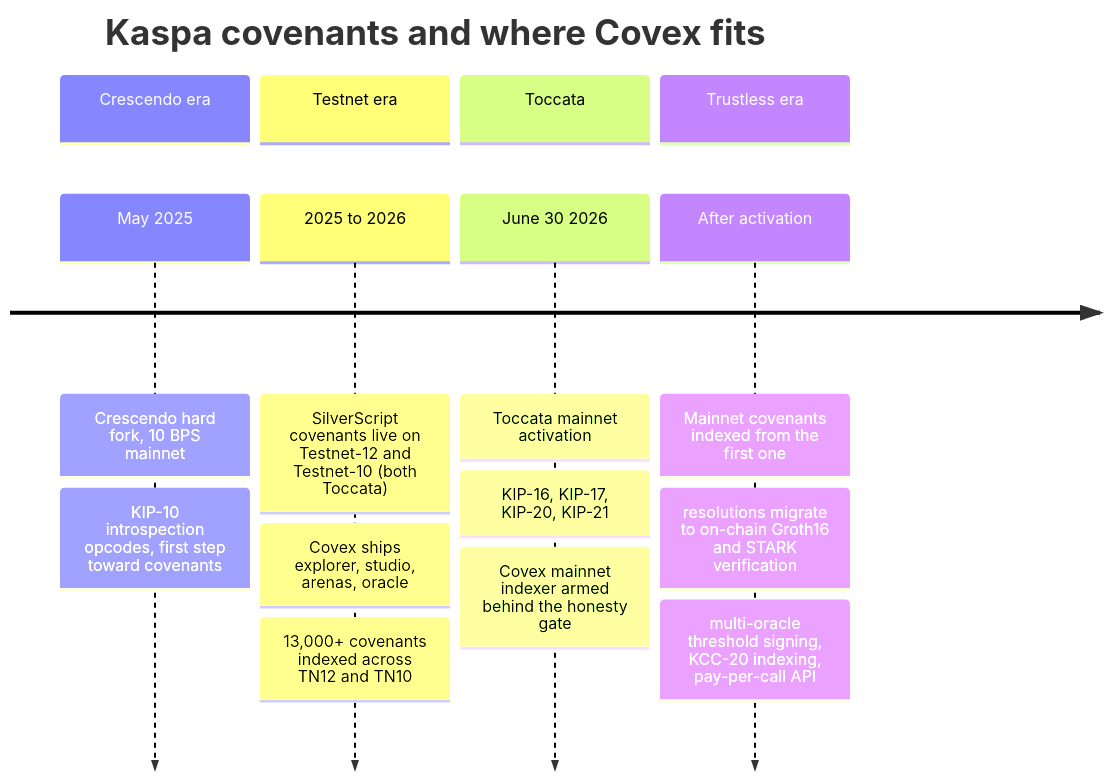
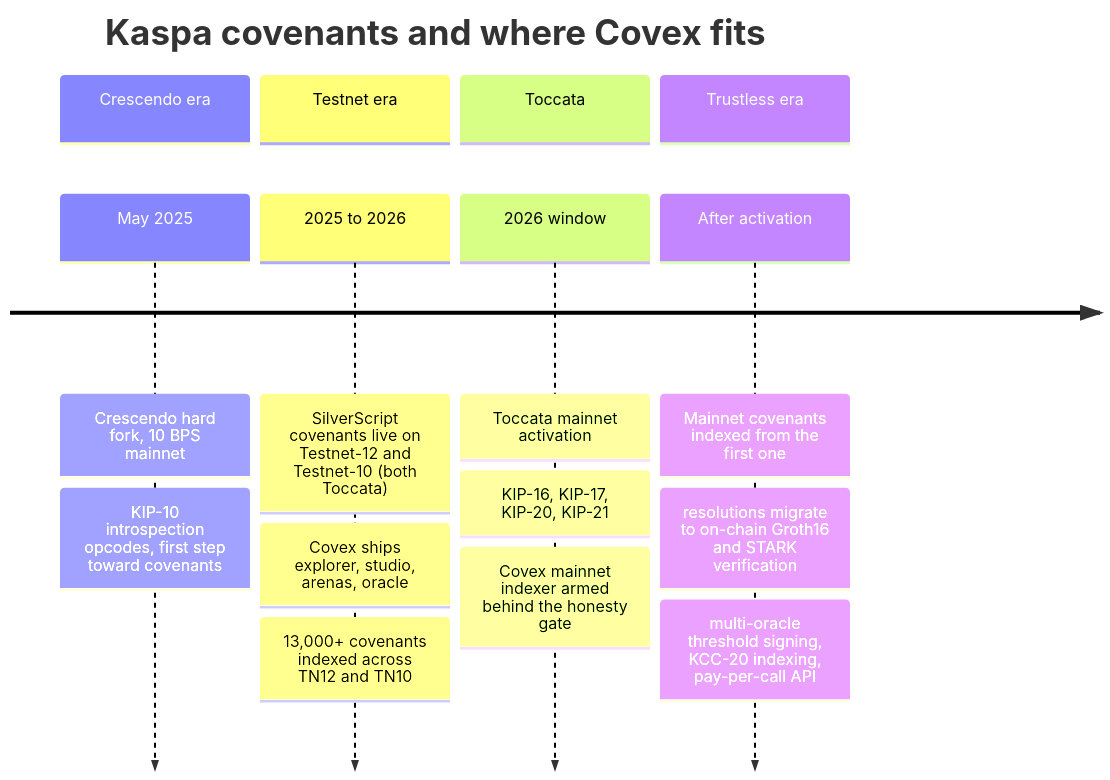
Before and after one commit to THTProtocol/Covex27: the fourth of 5 diagrams in README.md, drawn with Mermaid. The commit also changed other lines of this file and 6 other files, not shown here.

First line of the commit message:
docs(honesty HON-01/DL-07): replace hard 'June 30, 2026' Toccata date with the windowed framing everywhere

````diff
--- a/README.md
+++ b/README.md
@@ -250,12 +250,12 @@
 ```mermaid
 timeline
     title Kaspa covenants and where Covex fits
     section Crescendo era
         May 2025 : Crescendo hard fork, 10 BPS mainnet : KIP-10 introspection opcodes, first step toward covenants
     section Testnet era
         2025 to 2026 : SilverScript covenants live on Testnet-12 and Testnet-10 (both Toccata) : Covex ships explorer, studio, arenas, oracle : 13,000+ covenants indexed across TN12 and TN10
     section Toccata
-        June 30 2026 : Toccata mainnet activation : KIP-16, KIP-17, KIP-20, KIP-21 : Covex mainnet indexer armed behind the honesty gate
+        2026 window : Toccata mainnet activation : KIP-16, KIP-17, KIP-20, KIP-21 : Covex mainnet indexer armed behind the honesty gate
     section Trustless era
         After activation : Mainnet covenants indexed from the first one : resolutions migrate to on-chain Groth16 and STARK verification : multi-oracle threshold signing, KCC-20 indexing, pay-per-call API
 ```
````
